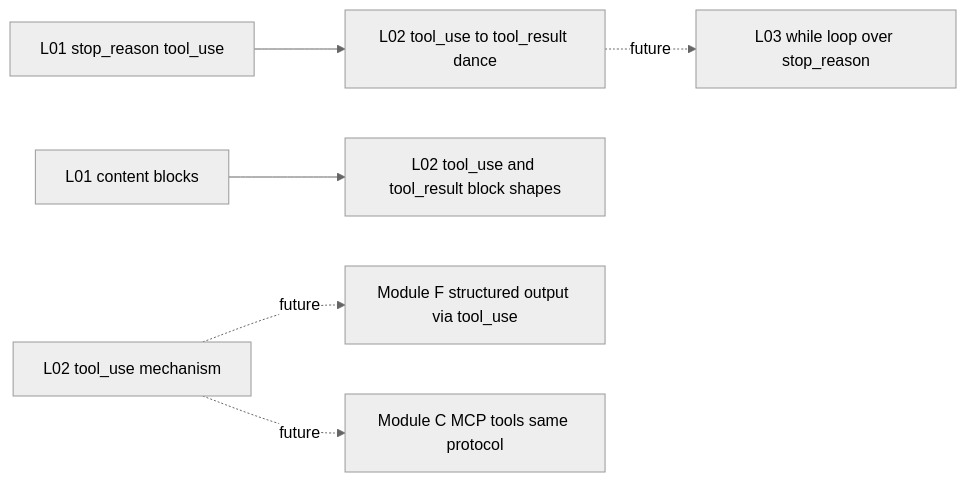
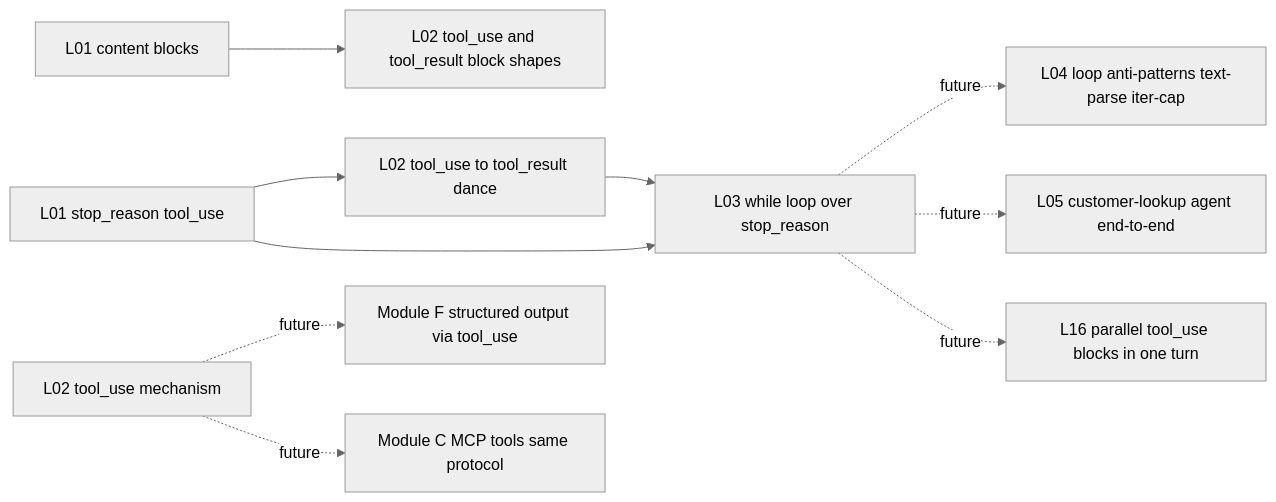
The tenth of 10 diagrams in mindmap.md (richierob62/claude-code-architect), drawn with Mermaid (neutral theme) before and after one commit. The commit also changed other lines of this file and 1 other file, not shown here.

````diff
--- a/mindmap.md
+++ b/mindmap.md
@@ -223,8 +236,12 @@
 ```mermaid
 graph LR
     L01_stop_reason["L01 stop_reason tool_use"] --> L02_loop["L02 tool_use to tool_result dance"]
     L01_blocks["L01 content blocks"] --> L02_blocks["L02 tool_use and tool_result block shapes"]
-    L02_loop -.future.-> L03_while["L03 while loop over stop_reason"]
+    L02_loop --> L03_while["L03 while loop over stop_reason"]
+    L01_stop_reason --> L03_while
+    L03_while -.future.-> L04_anti["L04 loop anti-patterns text-parse iter-cap"]
+    L03_while -.future.-> L05_lookup["L05 customer-lookup agent end-to-end"]
+    L03_while -.future.-> L16_par["L16 parallel tool_use blocks in one turn"]
     L02_dance["L02 tool_use mechanism"] -.future.-> F_struct["Module F structured output via tool_use"]
     L02_dance -.future.-> C_mcp["Module C MCP tools same protocol"]
 ```
````
